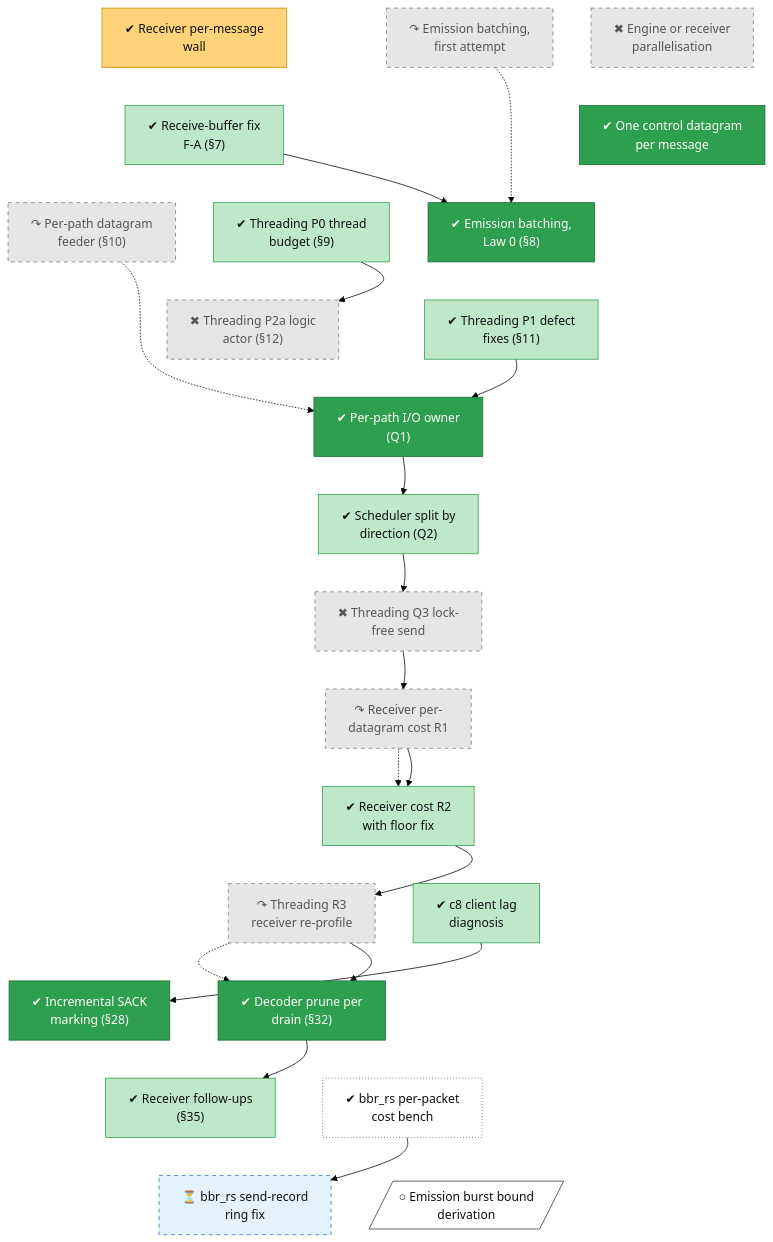
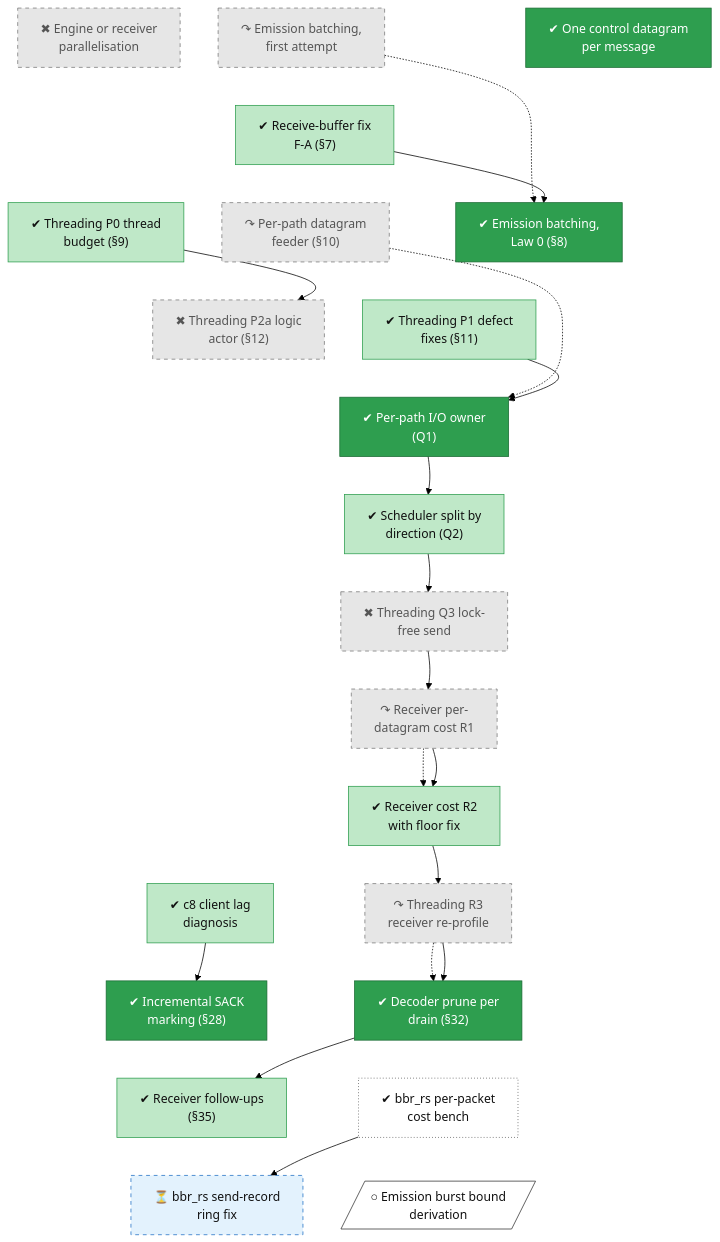
The diagram in docs/roadmap/tracks/perf.md (lhns/raptorpath), drawn with Mermaid (forest theme) before and after one commit. The commit also changed other lines of this file and 9 other files, not shown here.

Commit message:
roadmap: fold duplicate August batteries into existing nodes, retrack the rest, verbatim quotes, April folds, old-history overview nodes

```diff
--- a/docs/roadmap/tracks/perf.md
+++ b/docs/roadmap/tracks/perf.md
@@ -11,7 +11,6 @@
 flowchart TB
     perf_parallelisation["✖ Engine or receiver<br/>parallelisation"]
     perf_emit_batch_v1["↷ Emission batching,<br/>first attempt"]
-    perf_receiver_msg_wall["✔ Receiver per-message<br/>wall"]
     perf_ack_merge["✔ One control datagram<br/>per message"]
     perf_rcvbuf["✔ Receive-buffer fix<br/>F-A (#167;7)"]
     perf_emit_batch_law0["✔ Emission batching,<br/>Law 0 (#167;8)"]
@@ -32,10 +31,10 @@
     perf_bbrrs_ns_cost["✔ bbr_rs per-packet<br/>cost bench"]
     perf_bbrrs_ring_fix["⏳ bbr_rs send-record<br/>ring fix"]
     perf_fix_burst_bound[/"○ Emission burst bound<br/>derivation"/]
-    perf_parallelisation ~~~ perf_ack_merge
+    perf_parallelisation ~~~ perf_rcvbuf
     perf_emit_batch_v1 ~~~ perf_rcvbuf
-    perf_receiver_msg_wall ~~~ perf_rcvbuf
-    perf_ack_merge ~~~ perf_emit_batch_law0
+    perf_ack_merge ~~~ perf_rcvbuf
+    perf_rcvbuf ~~~ perf_emit_batch_law0
     perf_rcvbuf ~~~ perf_quic_feeder
     perf_rcvbuf ~~~ perf_threading_p0
     perf_emit_batch_law0 ~~~ perf_threading_p1
@@ -85,7 +84,6 @@
     classDef defect fill:#ffe0b2,stroke:#d84315,stroke-width:2px,color:#111
     classDef waiting fill:#e3f2fd,stroke:#1f6fc5,stroke-dasharray:5 5,color:#111
     class perf_parallelisation,perf_emit_batch_v1,perf_quic_feeder,perf_threading_p2a,perf_q3_investigation,perf_receiver_r1,perf_threading_r3 dead
-    class perf_receiver_msg_wall mixed
     class perf_ack_merge,perf_emit_batch_law0,perf_io_owner,perf_incremental_sack,perf_decoder_prune vsucc
     class perf_rcvbuf,perf_threading_p0,perf_threading_p1,perf_sched_split,perf_receiver_r2,perf_c8_lag,perf_receiver_followups succ
     class perf_bbrrs_ns_cost unrated
```
